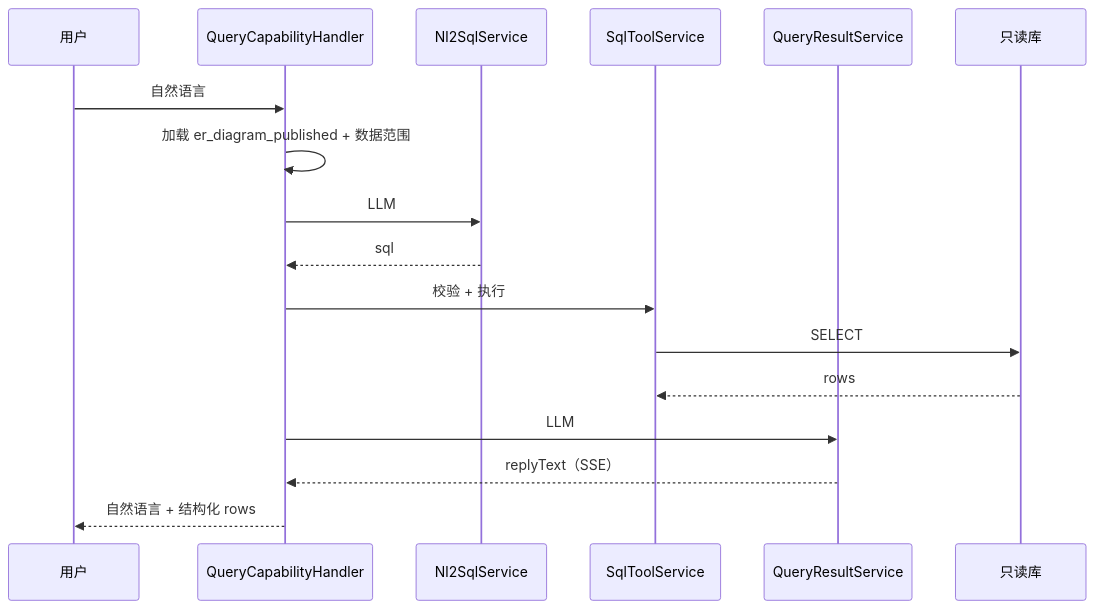
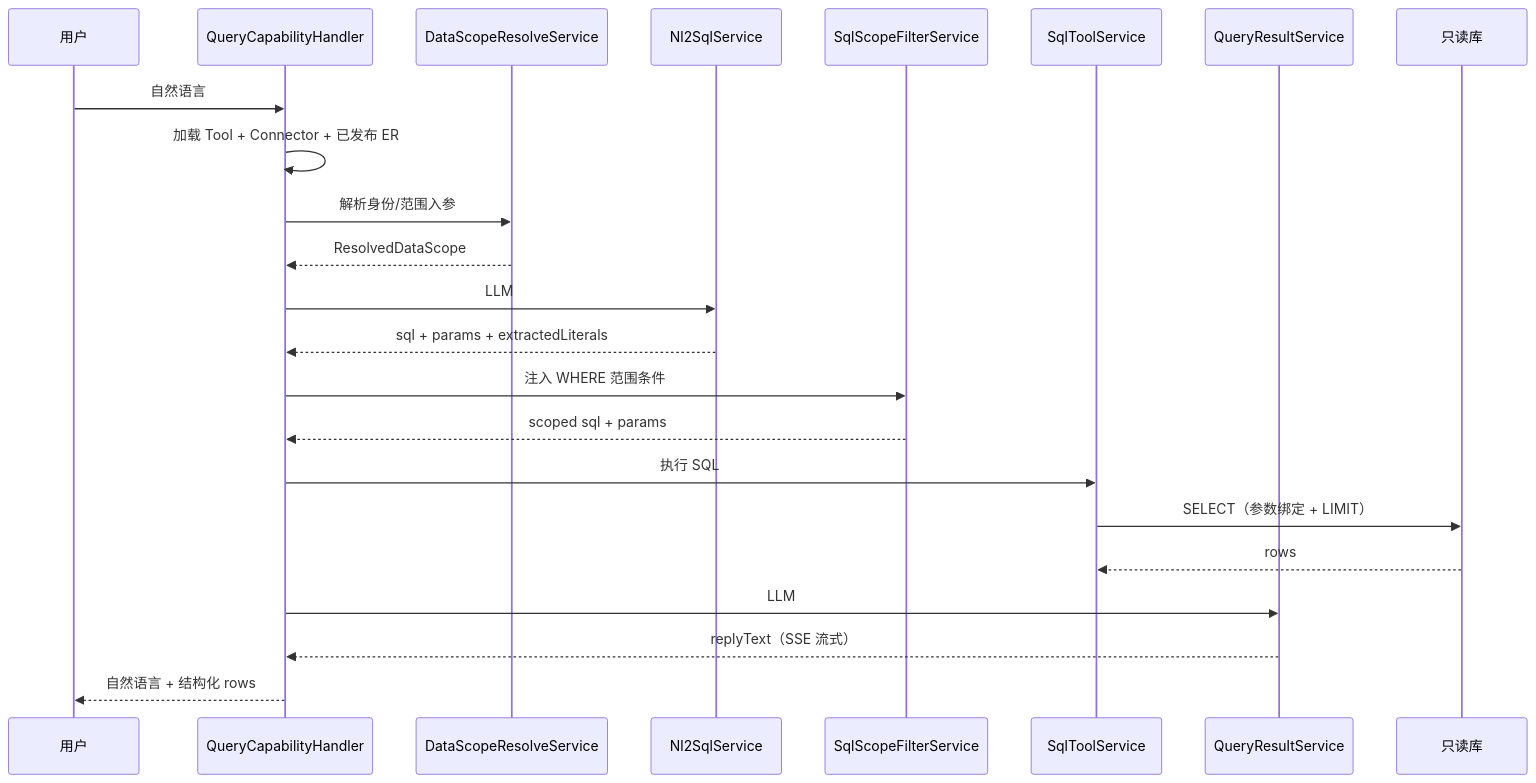
Before and after one commit to wangfeifei-xsd/shellder-agent: the diagram in project-analysis-v1-completed/capabilities/查询型能力.md, drawn with Mermaid. The commit also changed other lines of this file and 2 other files, not shown here.

````diff
--- a/project-analysis-v1-completed/capabilities/查询型能力.md
+++ b/project-analysis-v1-completed/capabilities/查询型能力.md
@@ -31,20 +31,26 @@
 ```mermaid
 sequenceDiagram
   participant U as 用户
   participant H as QueryCapabilityHandler
+  participant DS as DataScopeResolveService
   participant N as Nl2SqlService
+  participant SF as SqlScopeFilterService
   participant S as SqlToolService
   participant Q as QueryResultService
   participant DB as 只读库
 
   U->>H: 自然语言
-  H->>H: 加载 er_diagram_published + 数据范围
-  H->>N: LLM #1 NL2SQL
-  N-->>H: sql
-  H->>S: 校验 + 执行
-  S->>DB: SELECT
+  H->>H: 加载 Tool + Connector + 已发布 ER
+  H->>DS: 解析身份/范围入参
+  DS-->>H: ResolvedDataScope
+  H->>N: LLM #1 NL2SQL（含语义审核）
+  N-->>H: sql + params + extractedLiterals
+  H->>SF: 注入 WHERE 范围条件
+  SF-->>H: scoped sql + params
+  H->>S: 执行 SQL
+  S->>DB: SELECT（参数绑定 + LIMIT）
   DB-->>S: rows
   H->>Q: LLM #2 结果解读
-  Q-->>H: replyText（SSE）
+  Q-->>H: replyText（SSE 流式）
   H-->>U: 自然语言 + 结构化 rows
 ```
````
